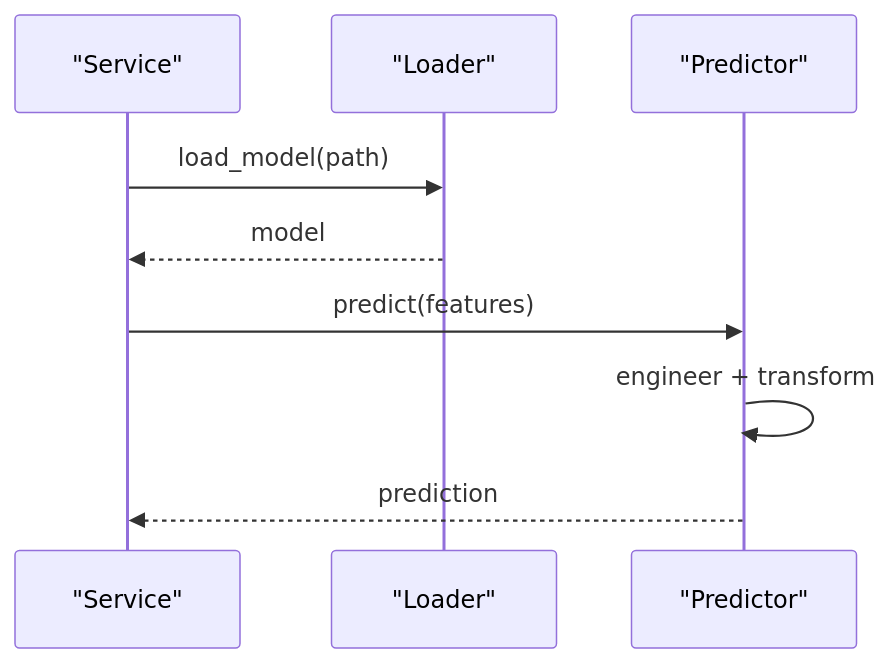
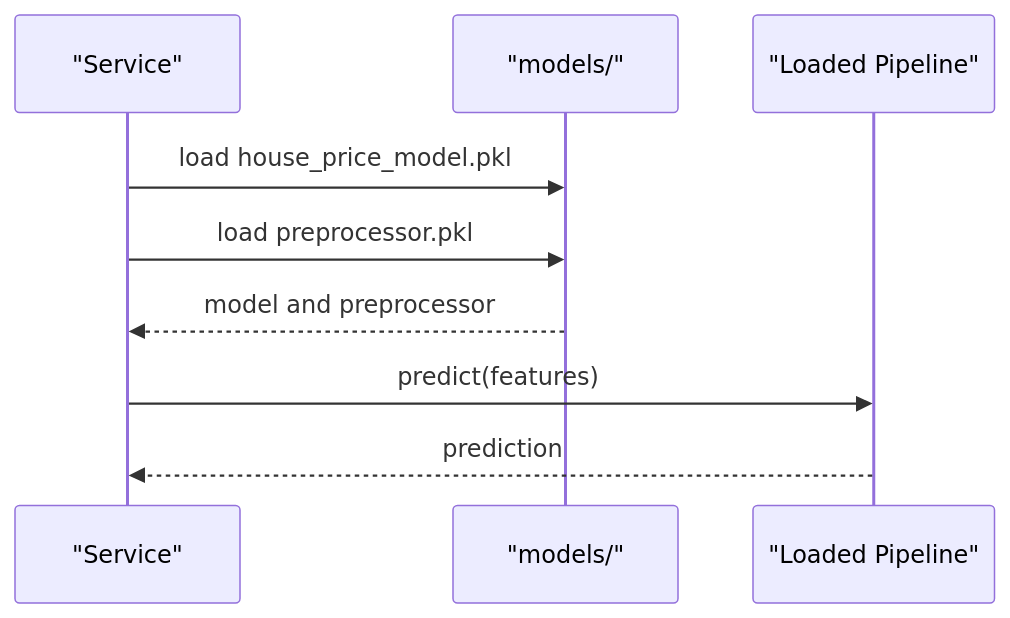
One commit to tashkirrr/housing-price-prediction changed the sixth of 7 diagrams in .qoder/repowiki/en/content/Model Management.md. Above: the diagram before and after it, drawn with Mermaid. The commit also changed other lines of this file and 9 other files, not shown here.

````diff
--- a/.qoder/repowiki/en/content/Model Management.md
+++ b/.qoder/repowiki/en/content/Model Management.md
@@ -326,11 +268,11 @@
 ```mermaid
 sequenceDiagram
-participant Svc as "Service"
-participant Loader as "Loader"
-participant Pred as "Predictor"
-Svc->>Loader : load_model(path)
-Loader-->>Svc : model
-Svc->>Pred : predict(features)
-Pred->>Pred : engineer + transform
-Pred-->>Svc : prediction
+participant Service as "Service"
+participant FS as "models/"
+participant Pipeline as "Loaded Pipeline"
+Service->>FS : load house_price_model.pkl
+Service->>FS : load preprocessor.pkl
+FS-->>Service : model and preprocessor
+Service->>Pipeline : predict(features)
+Pipeline-->>Service : prediction
 ```
````
